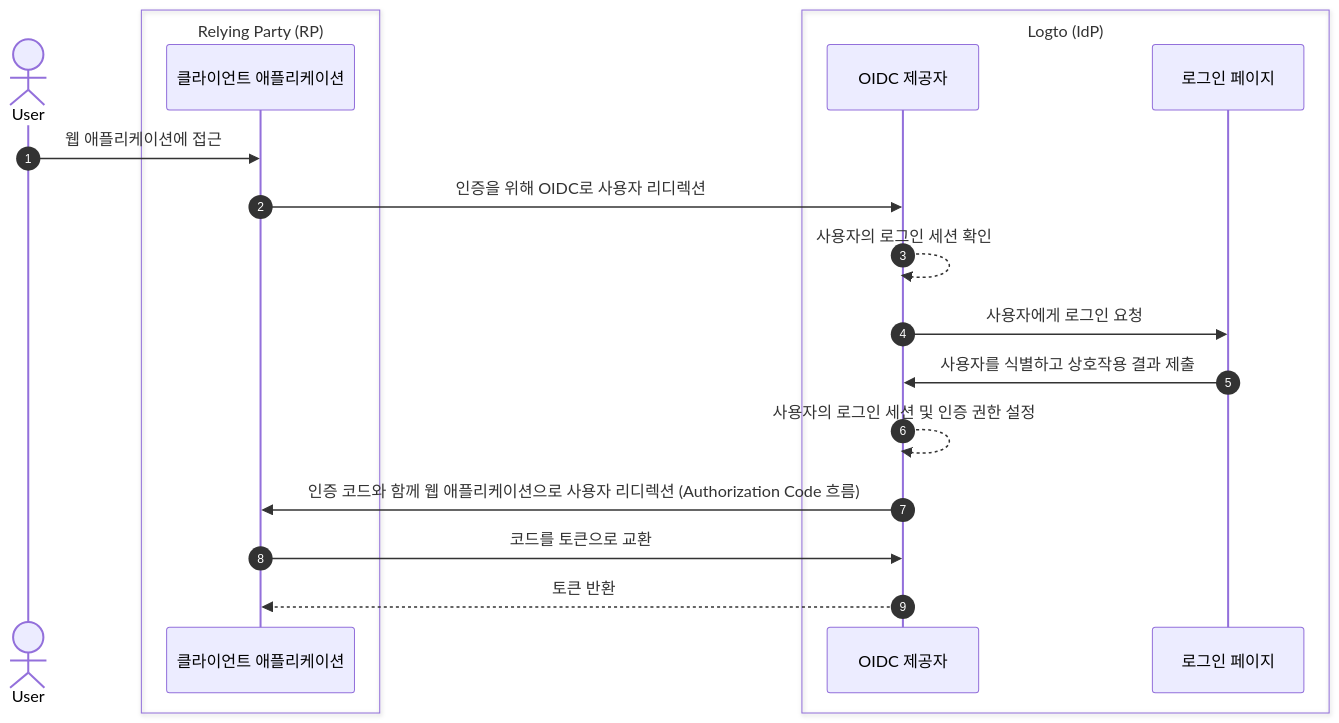
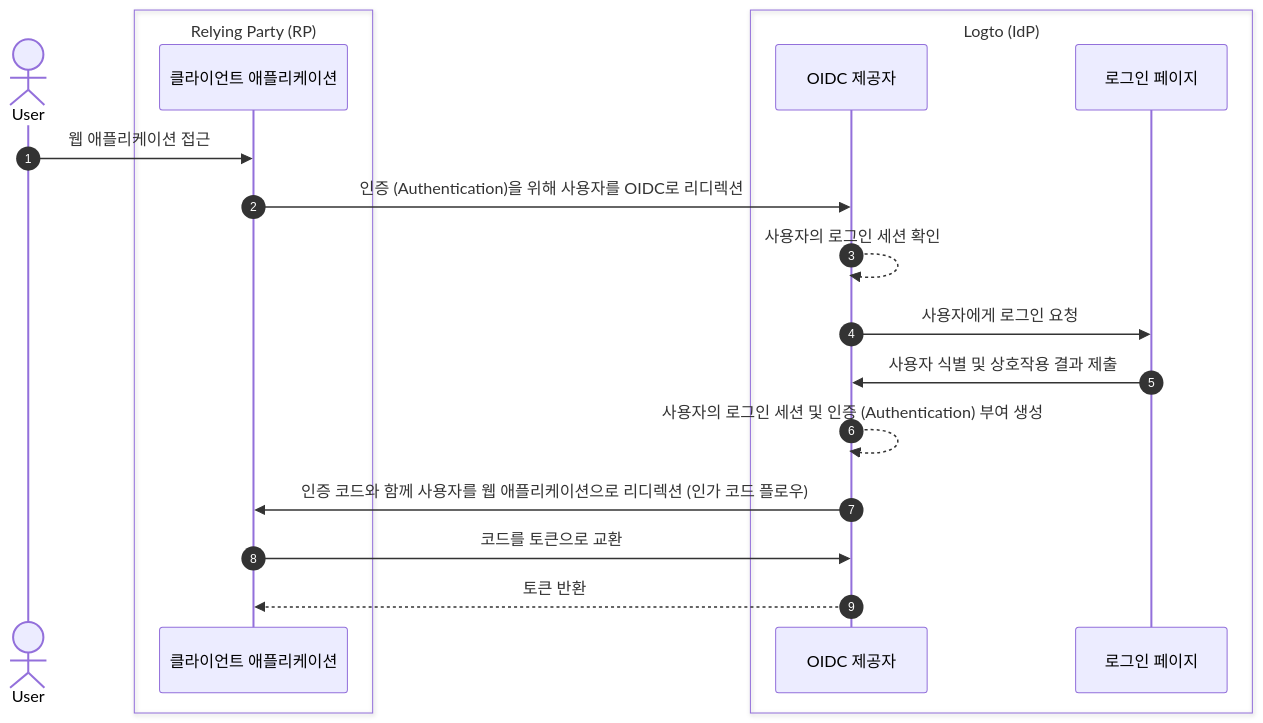
One commit to logto-io/docs changed the first of 3 diagrams in i18n/ko/docusaurus-plugin-content-docs/current/end-user-flows/sign-out.mdx. Above: the diagram before and after it, drawn with Mermaid. The commit also changed other lines of this file and 137 other files, not shown here.

````diff
--- a/i18n/ko/docusaurus-plugin-content-docs/current/end-user-flows/sign-out.mdx
+++ b/i18n/ko/docusaurus-plugin-content-docs/current/end-user-flows/sign-out.mdx
@@ -13,24 +13,24 @@
 ```mermaid
   sequenceDiagram
     autonumber
     actor User
 
     box Relying Party (RP)
       participant Client as 클라이언트 애플리케이션
     end
 
     box Logto (IdP)
       participant OIDC as OIDC 제공자
       participant SignIn as 로그인 페이지
     end
 
-    User ->> Client: 웹 애플리케이션에 접근
-    Client ->> OIDC: 인증을 위해 OIDC로 사용자 리디렉션
+    User ->> Client: 웹 애플리케이션 접근
+    Client ->> OIDC: 인증 (Authentication)을 위해 사용자를 OIDC로 리디렉션
     OIDC -->> OIDC: 사용자의 로그인 세션 확인
     OIDC ->> SignIn: 사용자에게 로그인 요청
-    SignIn ->> OIDC: 사용자를 식별하고 상호작용 결과 제출
-    OIDC -->> OIDC: 사용자의 로그인 세션 및 인증 권한 설정
-    OIDC ->> Client: 인증 코드와 함께 웹 애플리케이션으로 사용자 리디렉션 (Authorization Code 흐름)
+    SignIn ->> OIDC: 사용자 식별 및 상호작용 결과 제출
+    OIDC -->> OIDC: 사용자의 로그인 세션 및 인증 (Authentication) 부여 생성
+    OIDC ->> Client: 인증 코드와 함께 사용자를 웹 애플리케이션으로 리디렉션 (인가 코드 플로우)
     Client ->> OIDC: 코드를 토큰으로 교환
     OIDC -->> Client: 토큰 반환
 ```
````
